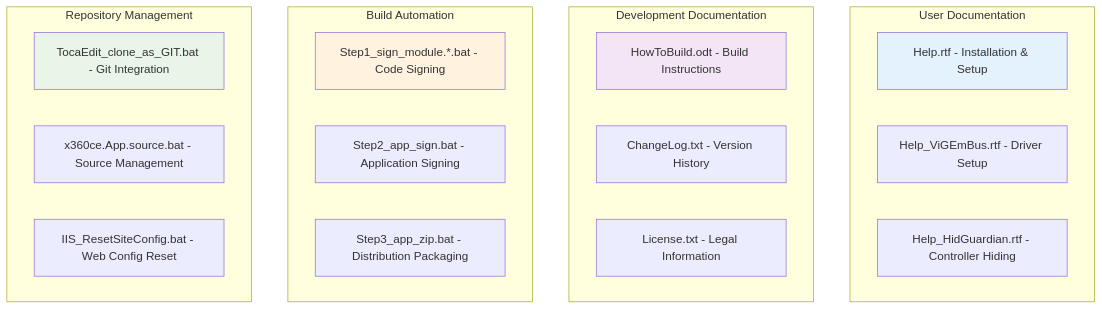
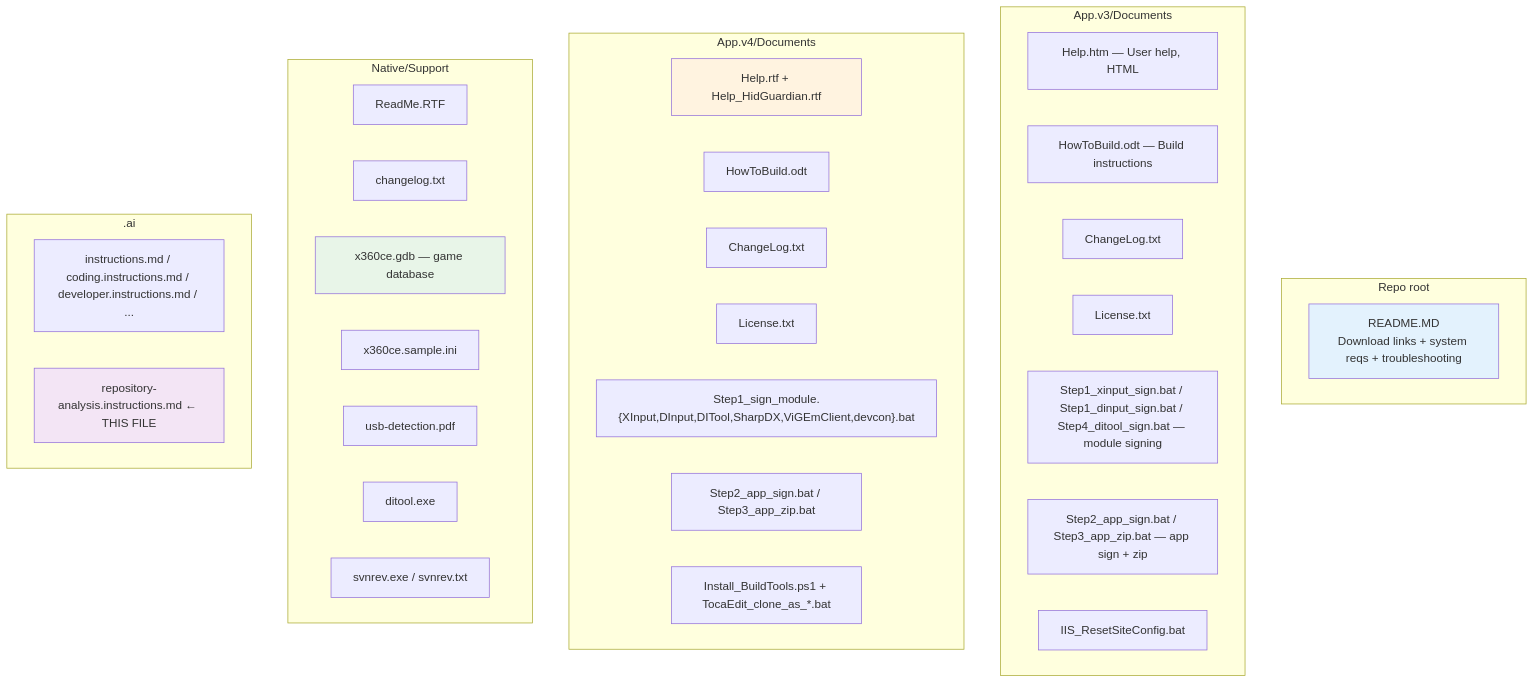
One commit to ProjectXsent/x360ce changed the third of 3 diagrams in .ai/repository-analysis.instructions.md. Above: the diagram before and after it, drawn with Mermaid. The commit also changed other lines of this file, not shown here.

Commit message:
Update analysis.

````diff
--- a/.ai/repository-analysis.instructions.md
+++ b/.ai/repository-analysis.instructions.md
@@ -421,31 +372,46 @@
 ```mermaid
 graph TD
-    subgraph "User Documentation"
-        A[Help.rtf - Installation & Setup]
-        B[Help_ViGEmBus.rtf - Driver Setup]
-        C[Help_HidGuardian.rtf - Controller Hiding]
+    subgraph "Repo root"
+        README[README.MD<br/>Download links + system reqs + troubleshooting]
     end
-    
-    subgraph "Development Documentation"
-        D[HowToBuild.odt - Build Instructions]
-        E[ChangeLog.txt - Version History]
-        F[License.txt - Legal Information]
+
+    subgraph "App.v3/Documents"
+        V3Help[Help.htm — User help, HTML]
+        V3HowTo[HowToBuild.odt — Build instructions]
+        V3Change[ChangeLog.txt]
+        V3License[License.txt]
+        V3Sign["Step1_xinput_sign.bat / Step1_dinput_sign.bat / Step4_ditool_sign.bat — module signing"]
+        V3Pkg["Step2_app_sign.bat / Step3_app_zip.bat — app sign + zip"]
+        V3IIS[IIS_ResetSiteConfig.bat]
     end
-    
-    subgraph "Build Automation"
-        G[Step1_sign_module.*.bat - Code Signing]
-        H[Step2_app_sign.bat - Application Signing]
-        I[Step3_app_zip.bat - Distribution Packaging]
+
+    subgraph "App.v4/Documents"
+        V4Help[Help.rtf + Help_HidGuardian.rtf]
+        V4HowTo[HowToBuild.odt]
+        V4Change[ChangeLog.txt]
+        V4License[License.txt]
+        V4Sign["Step1_sign_module.{XInput,DInput,DITool,SharpDX,ViGEmClient,devcon}.bat"]
+        V4Pkg["Step2_app_sign.bat / Step3_app_zip.bat"]
+        V4Tools["Install_BuildTools.ps1 + TocaEdit_clone_as_*.bat"]
     end
-    
-    subgraph "Repository Management"
-        J[TocaEdit_clone_as_GIT.bat - Git Integration]
-        K[x360ce.App.source.bat - Source Management]
-        L[IIS_ResetSiteConfig.bat - Web Config Reset]
+
+    subgraph "Native/Support"
+        NSReadMe[ReadMe.RTF]
+        NSChange[changelog.txt]
+        NSGdb[x360ce.gdb — game database]
+        NSIni[x360ce.sample.ini]
+        NSPdf[usb-detection.pdf]
+        NSDitool[ditool.exe]
+        NSSvn[svnrev.exe / svnrev.txt]
     end
-    
-    style A fill:#e3f2fd
-    style D fill:#f3e5f5
-    style G fill:#fff3e0
-    style J fill:#e8f5e8
+
+    subgraph ".ai"
+        AiInstr[instructions.md / coding.instructions.md / developer.instructions.md / ...]
+        AiThis[repository-analysis.instructions.md ← THIS FILE]
+    end
+
+    style README fill:#e3f2fd
+    style V4Help fill:#fff3e0
+    style NSGdb fill:#e8f5e8
+    style AiThis fill:#f3e5f5
 ```
````
